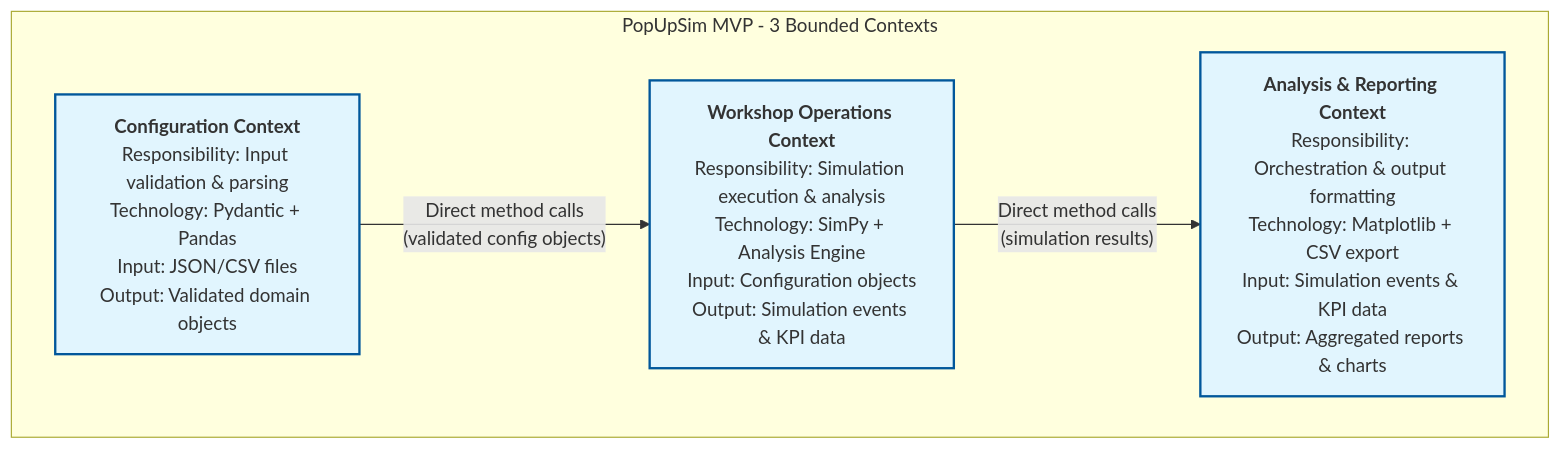
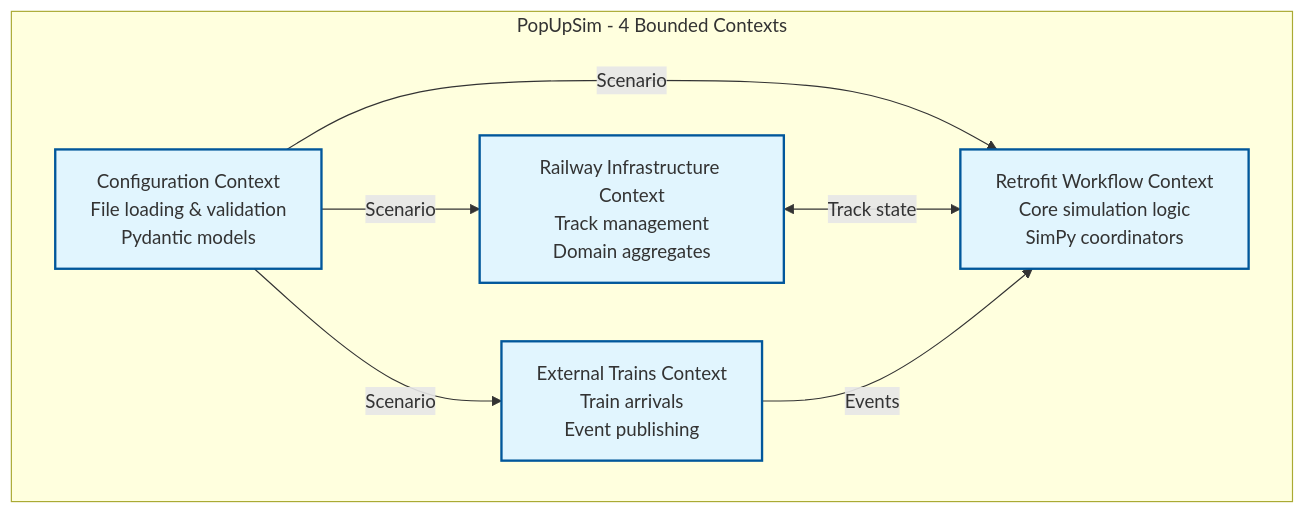
The first of 2 diagrams in docs/mvp/architecture/04-solution-strategy.md (OpenRailAssociation/dac-migration-dss-popupsim), drawn with Mermaid before and after one commit. The commit also changed other lines of this file and 197 other files, not shown here.

````diff
--- a/docs/mvp/architecture/04-solution-strategy.md
+++ b/docs/mvp/architecture/04-solution-strategy.md
@@ -13,16 +13,18 @@
 ```mermaid
 graph TB
-    subgraph "PopUpSim MVP - 3 Bounded Contexts"
-        CC["<b>Configuration Context</b><br/>Responsibility: Input validation & parsing<br/>Technology: Pydantic + Pandas<br/>Input: JSON/CSV files<br/>Output: Validated domain objects"]
-
-        SD["<b>Workshop Operations Context</b><br/>Responsibility: Simulation execution & analysis<br/>Technology: SimPy + Analysis Engine<br/>Input: Configuration objects<br/>Output: Simulation events & KPI data"]
-
-        SC["<b>Analysis & Reporting Context</b><br/>Responsibility: Orchestration & output formatting<br/>Technology: Matplotlib + CSV export<br/>Input: Simulation events & KPI data<br/>Output: Aggregated reports & charts"]
+    subgraph "PopUpSim - 4 Bounded Contexts"
+        CFG["Configuration Context<br/>File loading & validation<br/>Pydantic models"]
+        RWF["Retrofit Workflow Context<br/>Core simulation logic<br/>SimPy coordinators"]
+        RLY["Railway Infrastructure Context<br/>Track management<br/>Domain aggregates"]
+        EXT["External Trains Context<br/>Train arrivals<br/>Event publishing"]
     end
-
-    CC -->|"Direct method calls<br/>(validated config objects)"| SD
-    SD -->|"Direct method calls<br/>(simulation results)"| SC
-
+    
+    CFG -->|Scenario| RWF
+    CFG -->|Scenario| RLY
+    CFG -->|Scenario| EXT
+    RLY <-->|Track state| RWF
+    EXT -->|Events| RWF
+    
     classDef context fill:#e1f5fe,stroke:#01579b,stroke-width:2px
-    class CC,SD,SC context
+    class CFG,RWF,RLY,EXT context
 ```
````
